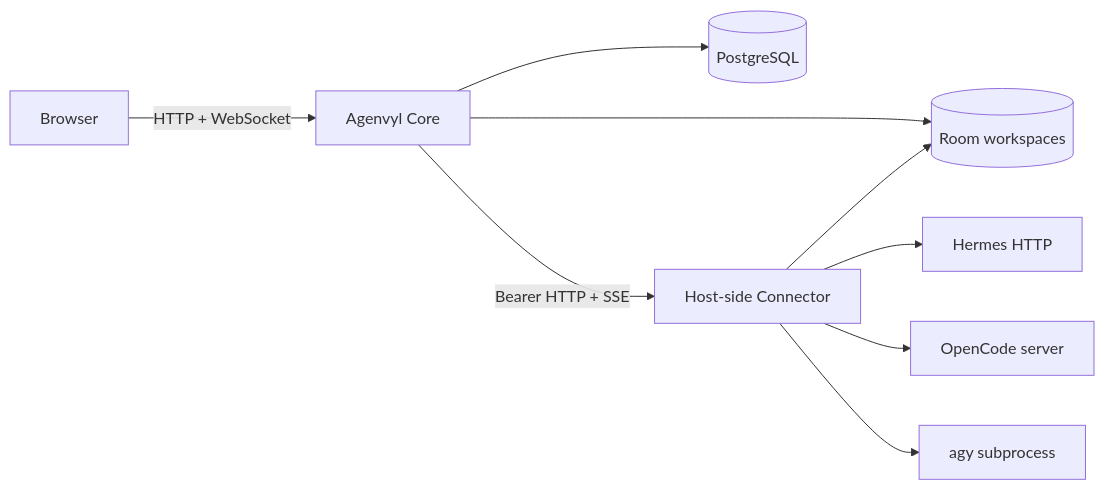
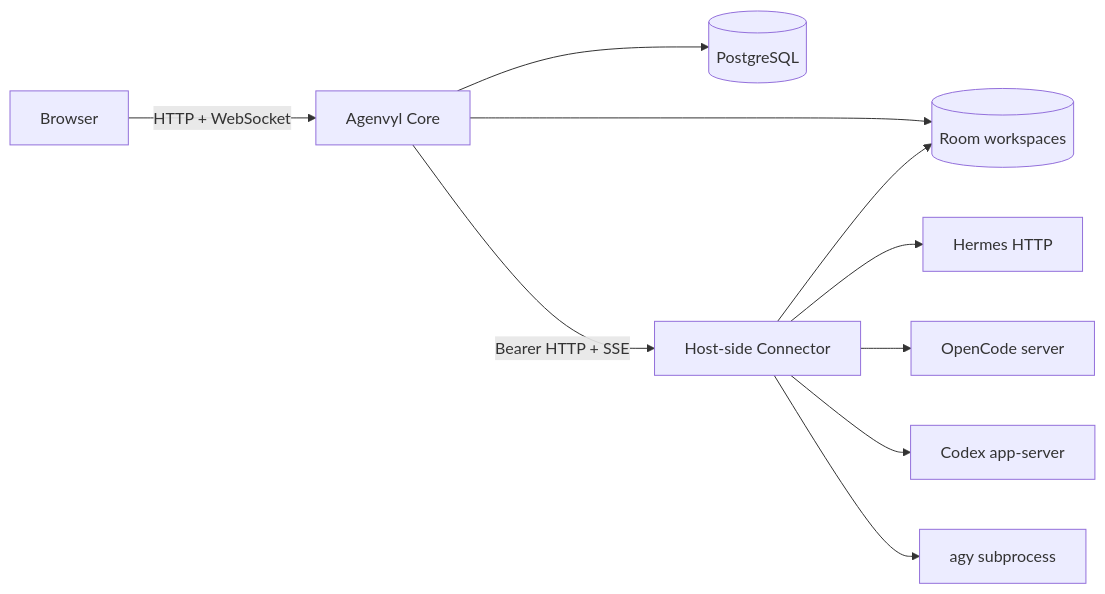
The first of 2 diagrams in docs/architecture/overview.md (riffi/agenvyl), drawn with Mermaid before and after one commit. The commit also changed other lines of this file and 56 other files, not shown here.

````diff
--- a/docs/architecture/overview.md
+++ b/docs/architecture/overview.md
@@ -13,11 +13,12 @@
 ```mermaid
 flowchart LR
   Browser[Browser] -->|HTTP + WebSocket| Core[Agenvyl Core]
   Core --> PostgreSQL[(PostgreSQL)]
   Core --> Workspace[(Room workspaces)]
   Core -->|Bearer HTTP + SSE| Connector[Host-side Connector]
   Connector --> Workspace
   Connector --> Hermes[Hermes HTTP]
   Connector --> OpenCode[OpenCode server]
+  Connector --> Codex[Codex app-server]
   Connector --> AGY[agy subprocess]
 ```
````
